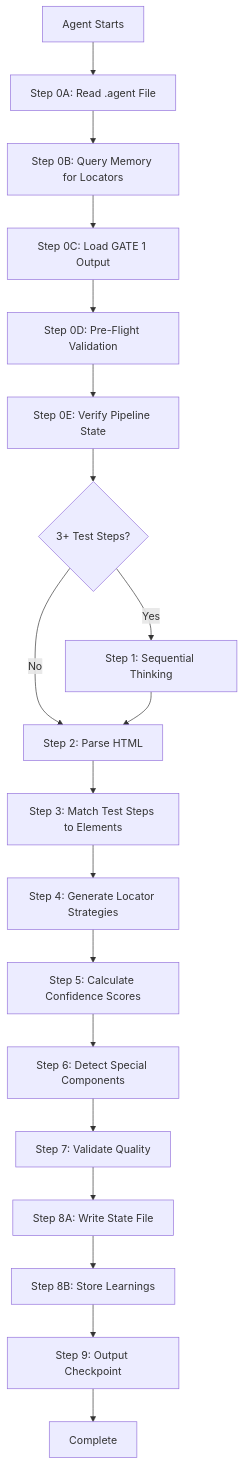
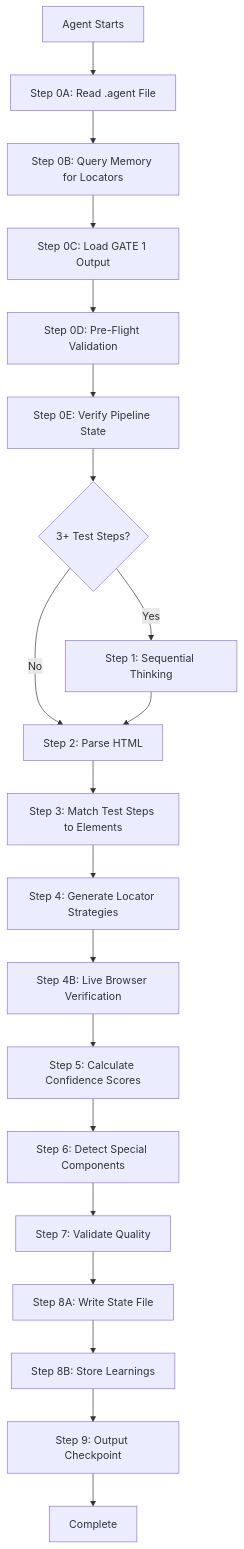
The diagram in .github/instructions/dom_analysis.agent.instructions.md (DangKienTuong/QAAgent), drawn with Mermaid before and after one commit. The commit also changed other lines of this file and 1 other file, not shown here.

````diff
--- a/.github/instructions/dom_analysis.agent.instructions.md
+++ b/.github/instructions/dom_analysis.agent.instructions.md
@@ -131,21 +129,22 @@
 ```mermaid
 flowchart TD
     A[Agent Starts] --> B[Step 0A: Read .agent File]
     B --> C[Step 0B: Query Memory for Locators]
     C --> D[Step 0C: Load GATE 1 Output]
     D --> E[Step 0D: Pre-Flight Validation]
     E --> F[Step 0E: Verify Pipeline State]
     F --> G{3+ Test Steps?}
     G -->|Yes| H[Step 1: Sequential Thinking]
     G -->|No| I[Step 2: Parse HTML]
     H --> I
     I --> J[Step 3: Match Test Steps to Elements]
     J --> K[Step 4: Generate Locator Strategies]
-    K --> L[Step 5: Calculate Confidence Scores]
-    L --> M[Step 6: Detect Special Components]
-    M --> N[Step 7: Validate Quality]
-    N --> O[Step 8A: Write State File]
-    O --> P[Step 8B: Store Learnings]
-    P --> Q[Step 9: Output Checkpoint]
-    Q --> R[Complete]
+    K --> L[Step 4B: Live Browser Verification]
+    L --> M[Step 5: Calculate Confidence Scores]
+    M --> N[Step 6: Detect Special Components]
+    N --> O[Step 7: Validate Quality]
+    O --> P[Step 8A: Write State File]
+    P --> Q[Step 8B: Store Learnings]
+    Q --> R[Step 9: Output Checkpoint]
+    R --> S[Complete]
 ```
````
